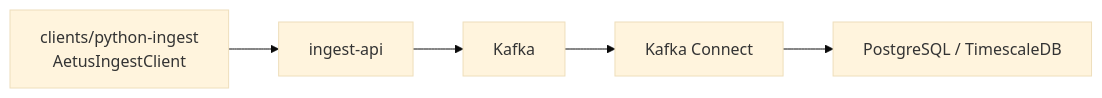
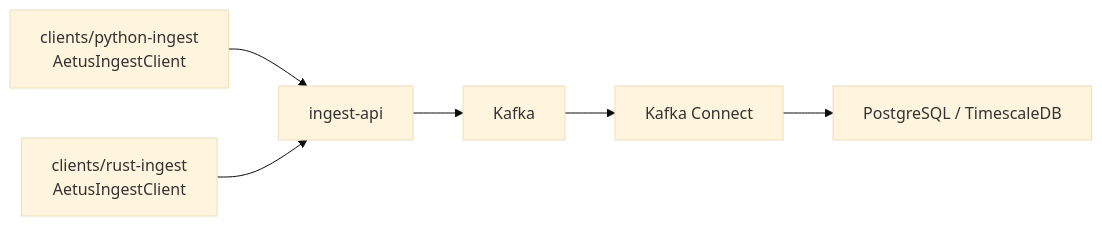
The third of 7 diagrams in docs/09-testing-and-e2e-coverage.md (donghoonpark/aetus), drawn with Mermaid (base theme) before and after one commit. The commit also changed other lines of this file and 12 other files, not shown here.

Commit message:
Add Rust ingest client SDK

````diff
--- a/docs/09-testing-and-e2e-coverage.md
+++ b/docs/09-testing-and-e2e-coverage.md
@@ -87,7 +90,8 @@
 ```mermaid
 flowchart LR
-    SDK["clients/python-ingest\nAetusIngestClient"] --> Ingest["ingest-api"]
+    PySDK["clients/python-ingest\nAetusIngestClient"] --> Ingest["ingest-api"]
+    RustSDK["clients/rust-ingest\nAetusIngestClient"] --> Ingest
     Ingest --> Kafka["Kafka"]
     Kafka --> Connect["Kafka Connect"]
     Connect --> PG["PostgreSQL / TimescaleDB"]
 ```
````
